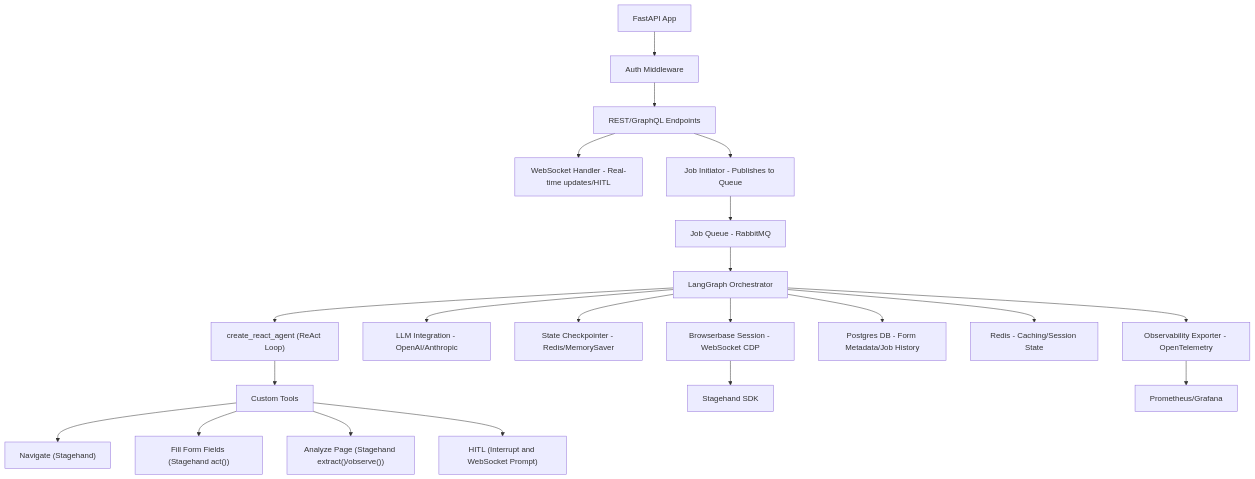
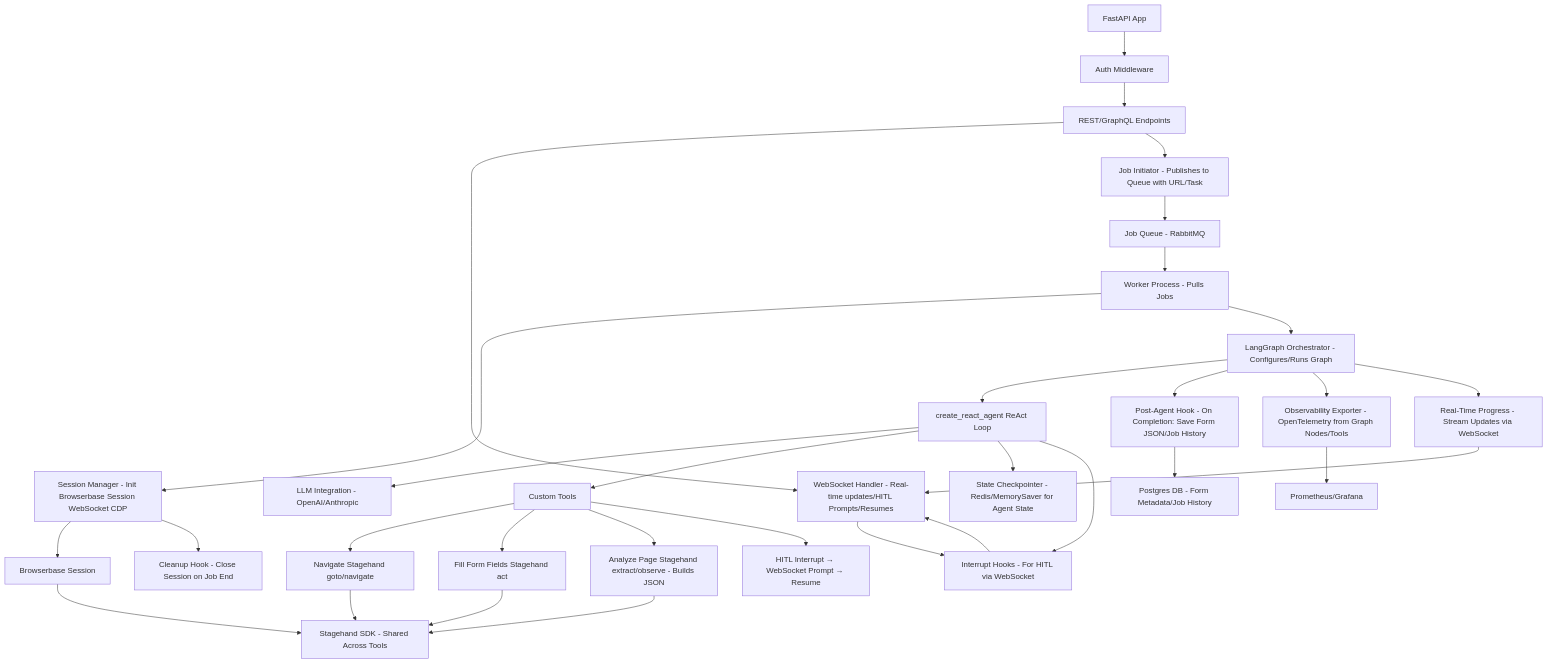
Before and after one commit to kanishk-jain-01/web-form-scraper-application: the second of 2 diagrams in _docs/design.md, drawn with Mermaid.

Commit message:
Revamped Architecture Workthrough

````diff
--- a/_docs/design.md
+++ b/_docs/design.md
@@ -152,29 +152,34 @@
 ```mermaid
 graph TD
     A[FastAPI App] --> B[Auth Middleware]
     B --> C[REST/GraphQL Endpoints]
-    C --> D[WebSocket Handler - Real-time updates/HITL]
-    C --> E[Job Initiator - Publishes to Queue]
-
+    C --> D[WebSocket Handler - Real-time updates/HITL Prompts/Resumes]
+    C --> E[Job Initiator - Publishes to Queue with URL/Task]
     E --> F[Job Queue - RabbitMQ]
-
-    F --> G[LangGraph Orchestrator]
-    G --> H["create_react_agent (ReAct Loop)"]
-    H --> I[Custom Tools]
-    I --> J["Navigate (Stagehand)"]
-    I --> K["Fill Form Fields (Stagehand act())"]
-    I --> L["Analyze Page (Stagehand extract()/observe())"]
-    I --> M["HITL (Interrupt and WebSocket Prompt)"]
-
-    G --> N[LLM Integration - OpenAI/Anthropic]
-    G --> O[State Checkpointer - Redis/MemorySaver]
-
-    G --> P[Browserbase Session - WebSocket CDP]
-    P --> Q[Stagehand SDK]
-
-    G --> S[Postgres DB - Form Metadata/Job History]
-    G --> T[Redis - Caching/Session State]
-
-    G --> U[Observability Exporter - OpenTelemetry]
-    U --> V[Prometheus/Grafana]
+    F --> G[Worker Process - Pulls Jobs]
+    G --> SM[Session Manager - Init Browserbase Session WebSocket CDP]
+    SM --> P[Browserbase Session]
+    P --> Q[Stagehand SDK - Shared Across Tools]
+    G --> H[LangGraph Orchestrator - Configures/Runs Graph]
+    H --> I[create_react_agent ReAct Loop]
+    I --> J[LLM Integration - OpenAI/Anthropic]
+    I --> K[Custom Tools]
+    K --> L[Navigate Stagehand goto/navigate]
+    K --> M[Fill Form Fields Stagehand act]
+    K --> N[Analyze Page Stagehand extract/observe - Builds JSON]
+    K --> O[HITL Interrupt → WebSocket Prompt → Resume]
+    L --> Q
+    M --> Q
+    N --> Q
+    I --> R[State Checkpointer - Redis/MemorySaver for Agent State]
+    I --> S[Interrupt Hooks - For HITL via WebSocket]
+    S --> D
+    D --> S
+    H --> T[Post-Agent Hook - On Completion: Save Form JSON/Job History]
+    T --> U[Postgres DB - Form Metadata/Job History]
+    H --> V[Observability Exporter - OpenTelemetry from Graph Nodes/Tools]
+    V --> W[Prometheus/Grafana]
+    SM --> X[Cleanup Hook - Close Session on Job End]
+    H --> Y[Real-Time Progress - Stream Updates via WebSocket]
+    Y --> D
 ```
````
